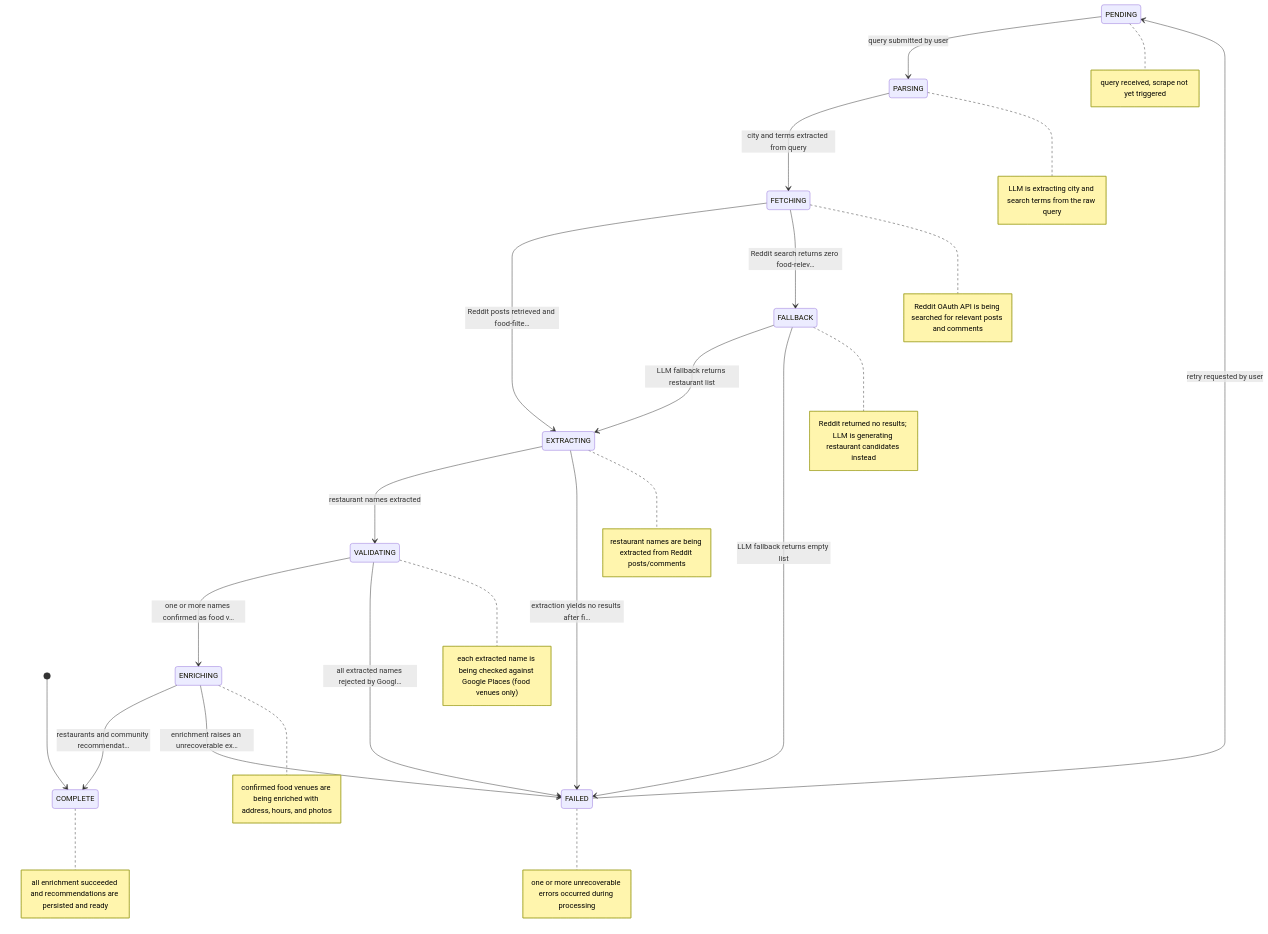
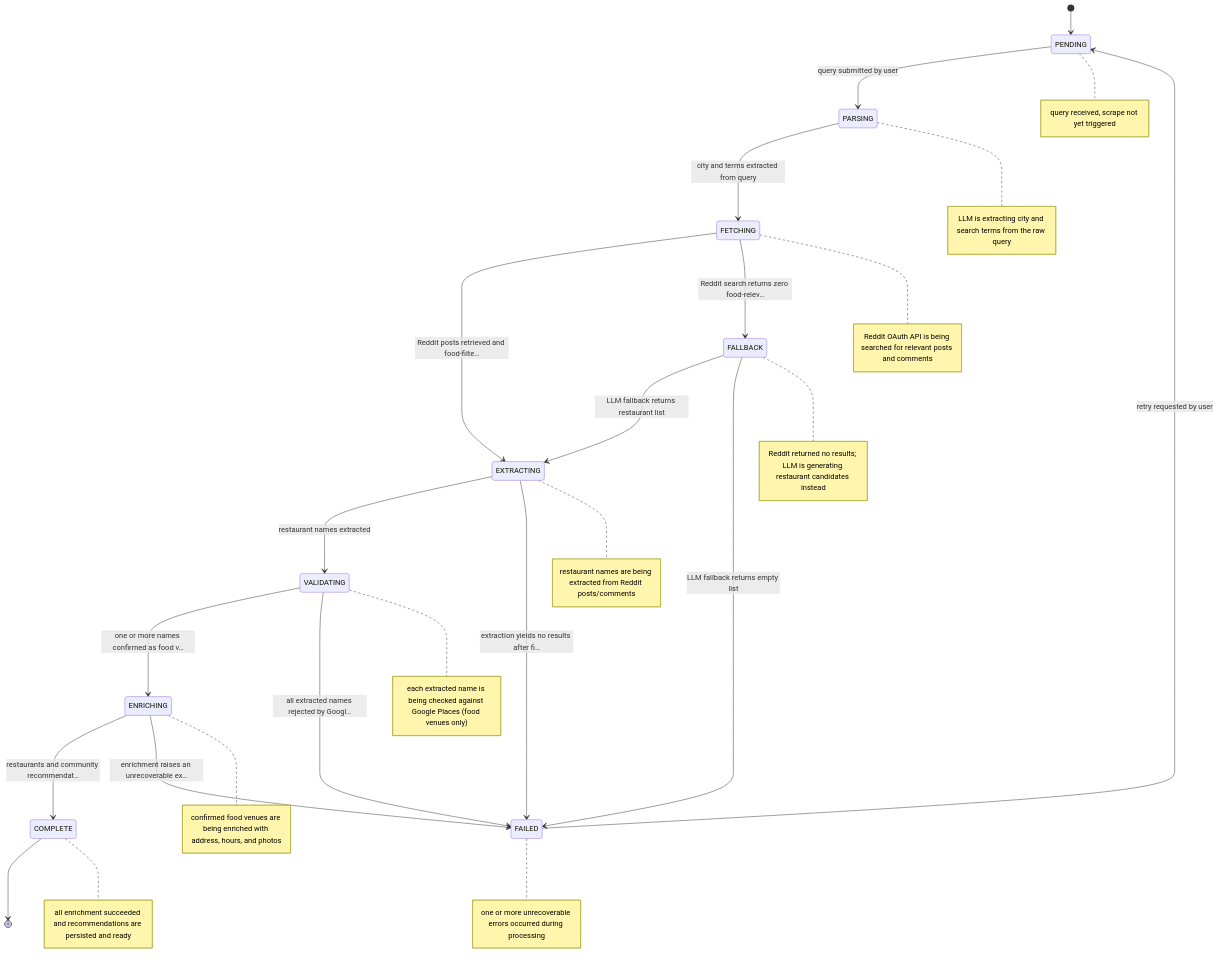
One commit to ashzade/localrecos changed the second of 2 diagrams in README.md. Above: the diagram before and after it, drawn with Mermaid. The commit also changed other lines of this file and 2 other files, not shown here.

````diff
--- a/README.md
+++ b/README.md
@@ -69,44 +69,45 @@
 ```mermaid
 stateDiagram-v2
-    [*] --> COMPLETE
+    [*] --> PENDING
+    COMPLETE --> [*]
     PENDING --> PARSING: query submitted by user
     PARSING --> FETCHING: city and terms extracted from query
     FETCHING --> EXTRACTING: Reddit posts retrieved and food-filte…
     FETCHING --> FALLBACK: Reddit search returns zero food-relev…
     FALLBACK --> EXTRACTING: LLM fallback returns restaurant list
     FALLBACK --> FAILED: LLM fallback returns empty list
     EXTRACTING --> VALIDATING: restaurant names extracted
     EXTRACTING --> FAILED: extraction yields no results after fi…
     VALIDATING --> ENRICHING: one or more names confirmed as food v…
     VALIDATING --> FAILED: all extracted names rejected by Googl…
     ENRICHING --> COMPLETE: restaurants and community recommendat…
     ENRICHING --> FAILED: enrichment raises an unrecoverable ex…
     FAILED --> PENDING: retry requested by user
     note right of PENDING
         query received, scrape not yet triggered
     end note
     note right of PARSING
         LLM is extracting city and search terms from the raw query
     end note
     note right of FETCHING
         Reddit OAuth API is being searched for relevant posts and comments
     end note
     note right of FALLBACK
         Reddit returned no results; LLM is generating restaurant candidates instead
     end note
     note right of EXTRACTING
         restaurant names are being extracted from Reddit posts/comments
     end note
     note right of VALIDATING
         each extracted name is being checked against Google Places (food venues only)
     end note
     note right of ENRICHING
         confirmed food venues are being enriched with address, hours, and photos
     end note
     note right of COMPLETE
         all enrichment succeeded and recommendations are persisted and ready
     end note
     note right of FAILED
         one or more unrecoverable errors occurred during processing
     end note
 ```
````
